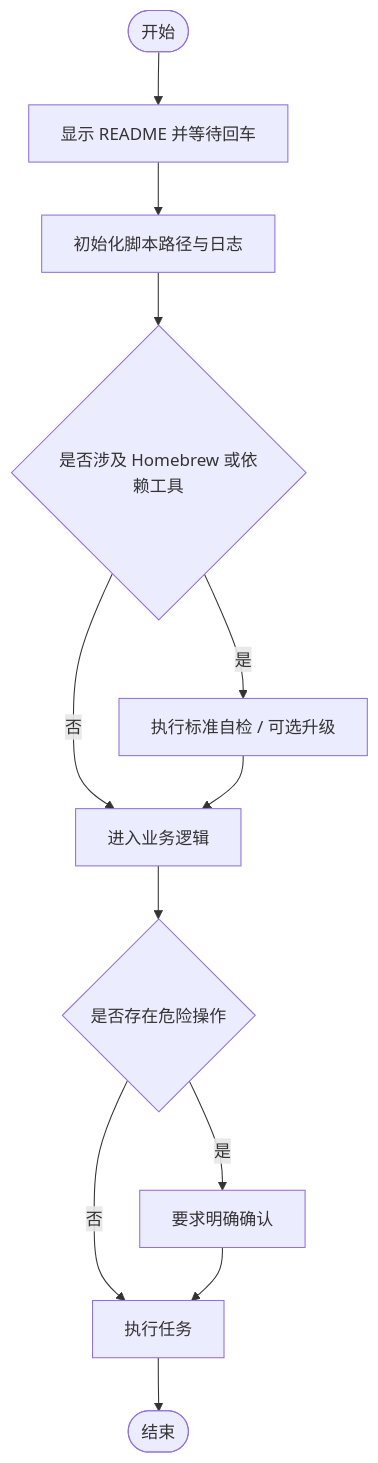
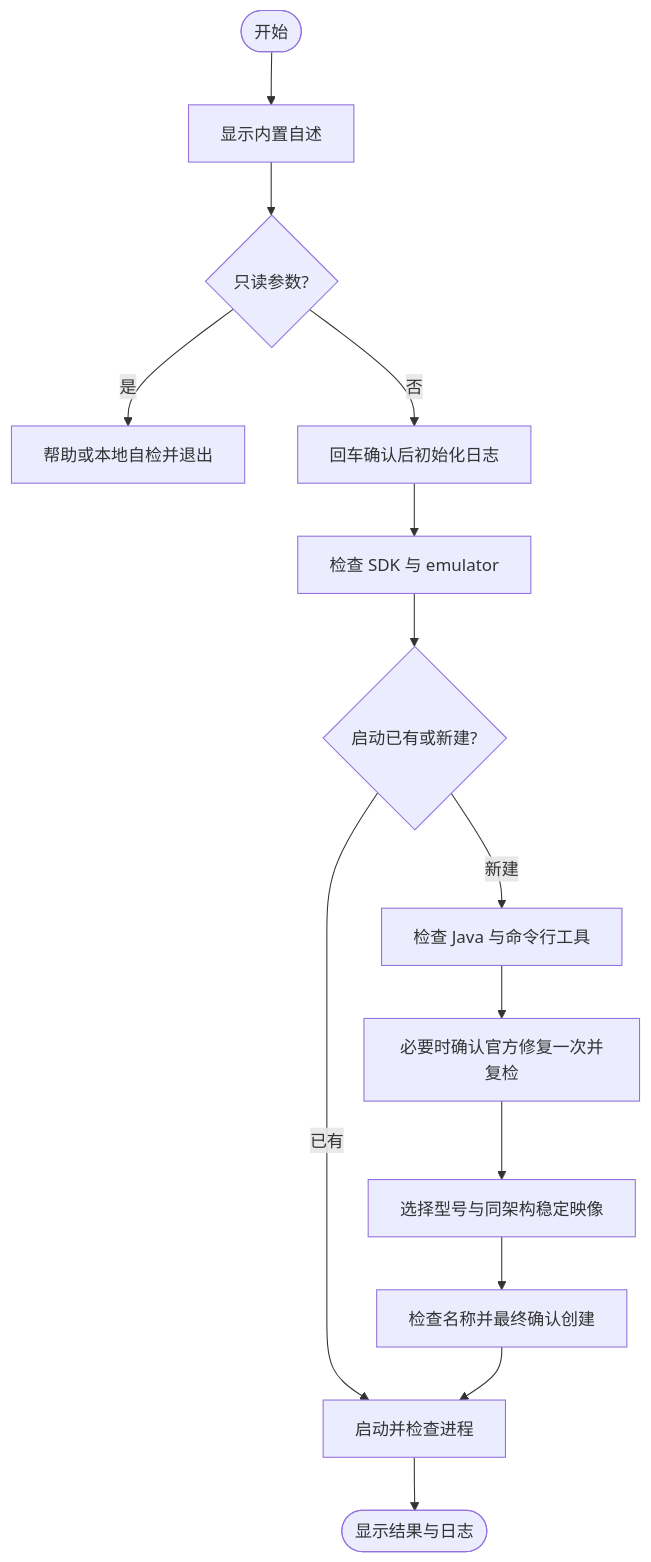
One commit to JobsKits/JobsCommand-Flutter changed the diagram in 运行/【MacOS】🚀双击启动Android模拟器.command/README.md. Above: the diagram before and after it, drawn with Mermaid. The commit also changed other lines of this file and 9 other files, not shown here.

````diff
--- a/运行/【MacOS】🚀双击启动Android模拟器.command/README.md
+++ b/运行/【MacOS】🚀双击启动Android模拟器.command/README.md
@@ -82,14 +123,16 @@
 ```mermaid
-graph TD
-    A([开始]) --> B[显示 README 并等待回车]
-    B --> C[初始化脚本路径与日志]
-    C --> D{是否涉及 Homebrew 或依赖工具}
-    D --> |是| E[执行标准自检 / 可选升级]
-    D --> |否| F[进入业务逻辑]
-    E --> F[进入业务逻辑]
-    F --> G{是否存在危险操作}
-    G --> |是| H[要求明确确认]
-    G --> |否| I[执行任务]
-    H --> I[执行任务]
-    I --> J([结束])
+flowchart TD
+    A([开始]) --> B[显示内置自述]
+    B --> C{只读参数?}
+    C -->|是| D[帮助或本地自检并退出]
+    C -->|否| E[回车确认后初始化日志]
+    E --> F[检查 SDK 与 emulator]
+    F --> G{启动已有或新建?}
+    G -->|已有| L[启动并检查进程]
+    G -->|新建| H[检查 Java 与命令行工具]
+    H --> I[必要时确认官方修复一次并复检]
+    I --> J[选择型号与同架构稳定映像]
+    J --> K[检查名称并最终确认创建]
+    K --> L
+    L --> M([显示结果与日志])
 ```
````
